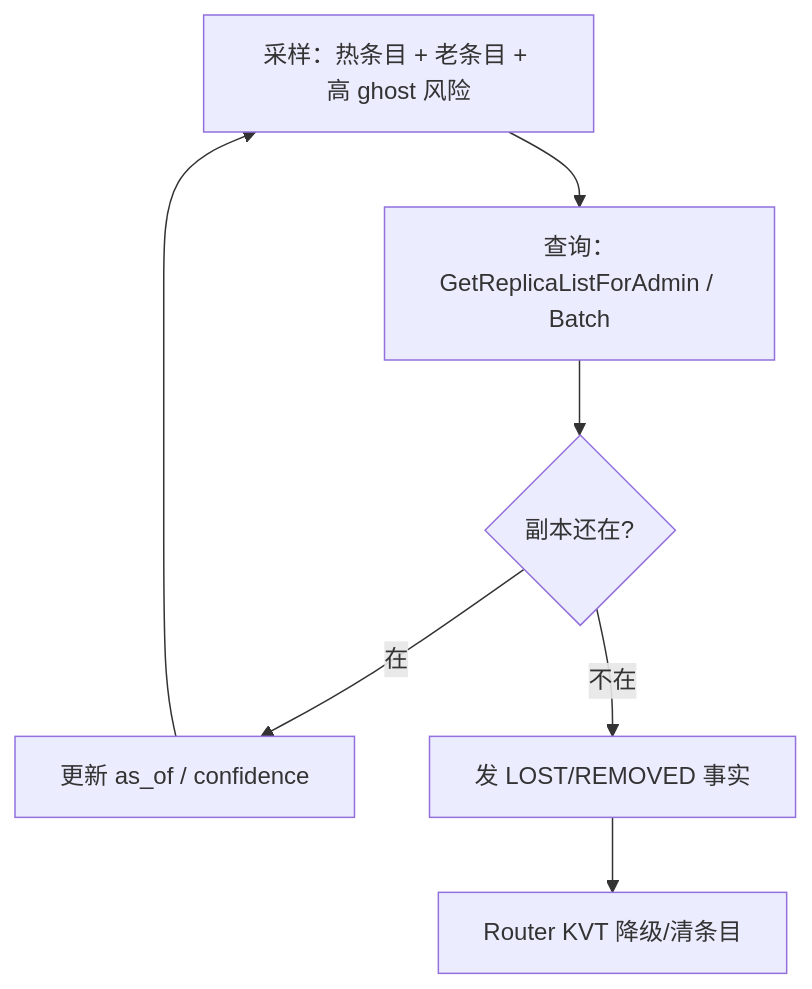
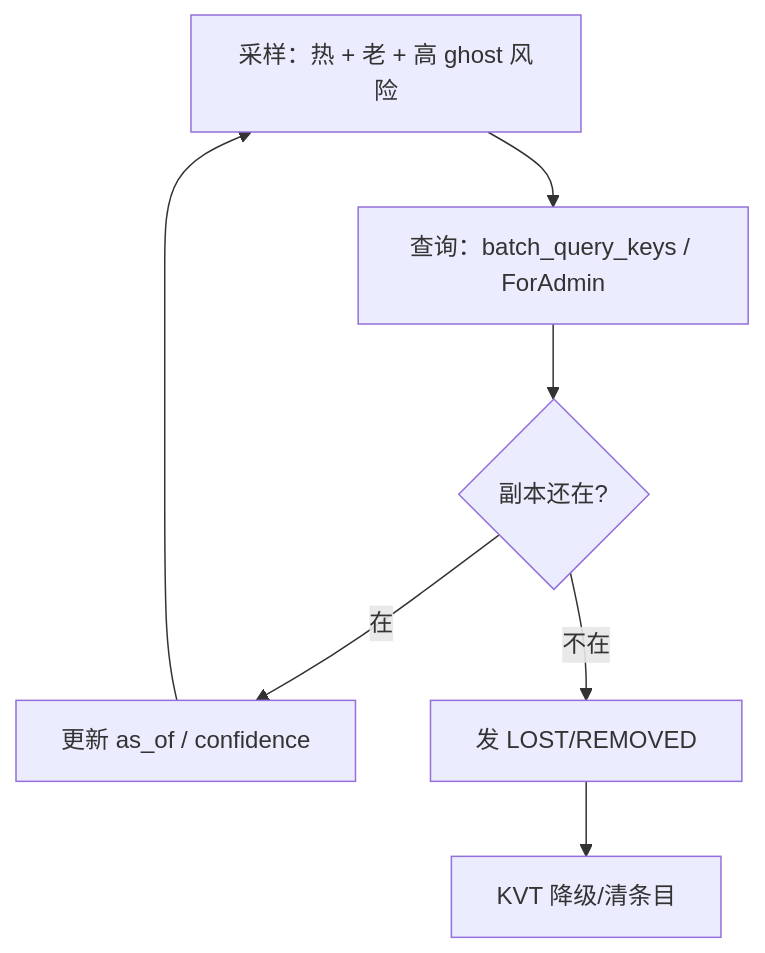
Before and after one commit to 5x8-40/lake: the fifth of 9 diagrams in kvcm/design/D9-kv-services.md, drawn with Mermaid. The commit also changed other lines of this file and 5 other files, not shown here.

````diff
--- a/kvcm/design/D9-kv-services.md
+++ b/kvcm/design/D9-kv-services.md
@@ -277,9 +180,9 @@
 ```mermaid
 flowchart TB
-    S["采样：热条目 + 老条目 + 高 ghost 风险"] --> Q["查询：GetReplicaListForAdmin / Batch"]
+    S["采样：热 + 老 + 高 ghost 风险"] --> Q["查询：batch_query_keys / ForAdmin"]
     Q --> C{"副本还在?"}
     C -->|"在"| U["更新 as_of / confidence"]
-    C -->|"不在"| E["发 LOST/REMOVED 事实"]
-    E --> K["Router KVT 降级/清条目"]
+    C -->|"不在"| E["发 LOST/REMOVED"]
+    E --> K["KVT 降级/清条目"]
     U --> S
 ```
````
